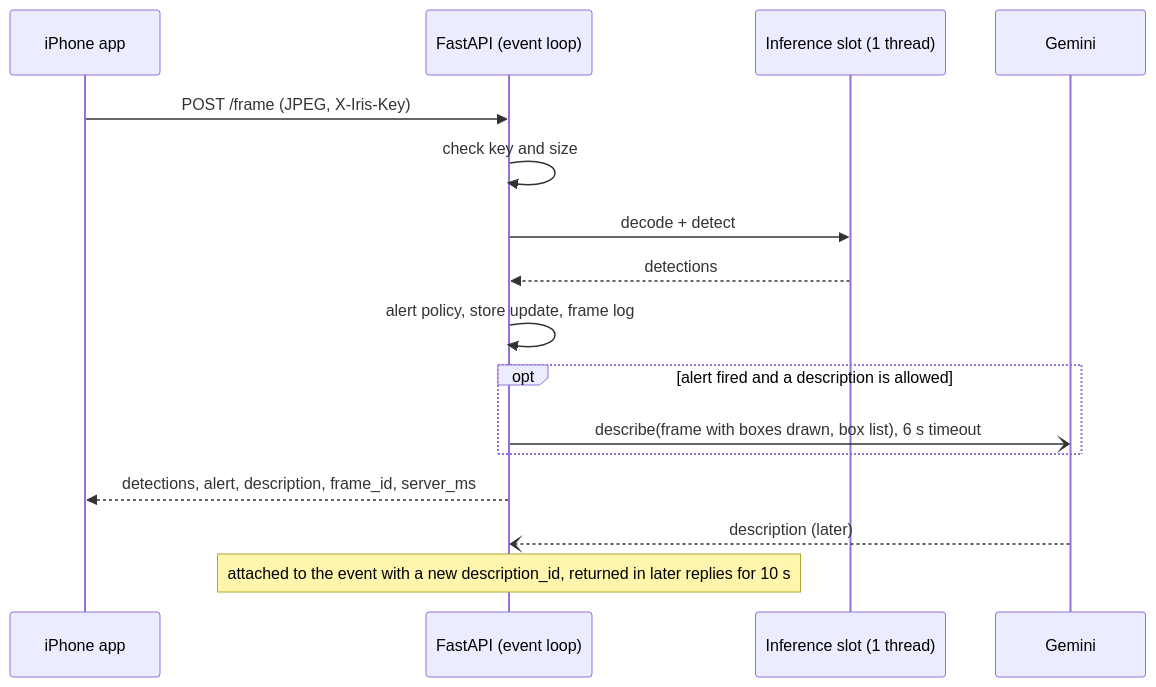
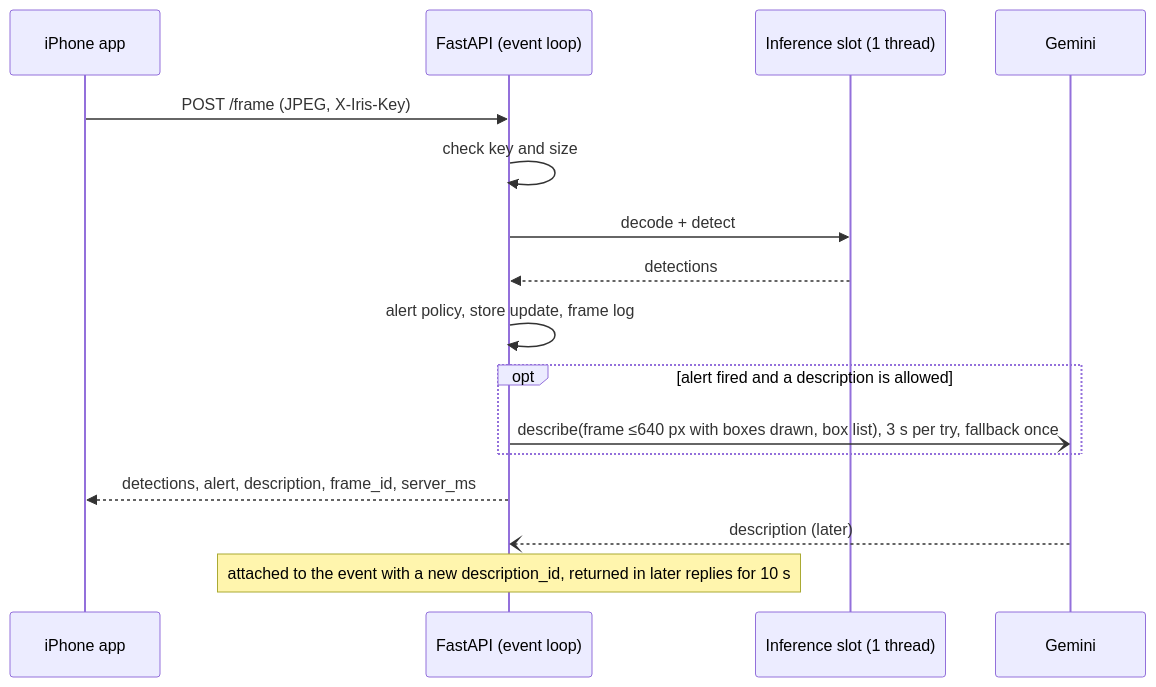
One commit to AshwinRG1/iris changed the second of 2 diagrams in docs/server-design.md. Above: the diagram before and after it, drawn with Mermaid. The commit also changed other lines of this file, not shown here.

First line of the commit message:
docs: fallback model, 3 s timeout, 640 px frames, /health describe (08)

````diff
--- a/docs/server-design.md
+++ b/docs/server-design.md
@@ -227,18 +227,18 @@
 ```mermaid
 sequenceDiagram
   participant App as iPhone app
   participant API as FastAPI (event loop)
   participant W as Inference slot (1 thread)
   participant Gem as Gemini
   App->>API: POST /frame (JPEG, X-Iris-Key)
   API->>API: check key and size
   API->>W: decode + detect
   W-->>API: detections
   API->>API: alert policy, store update, frame log
   opt alert fired and a description is allowed
-    API-)Gem: describe(frame with boxes drawn, box list), 6 s timeout
+    API-)Gem: describe(frame ≤640 px with boxes drawn, box list), 3 s per try, fallback once
   end
   API-->>App: detections, alert, description, frame_id, server_ms
   Gem--)API: description (later)
   Note over API: attached to the event with a new description_id, returned in later replies for 10 s
 ```
````
